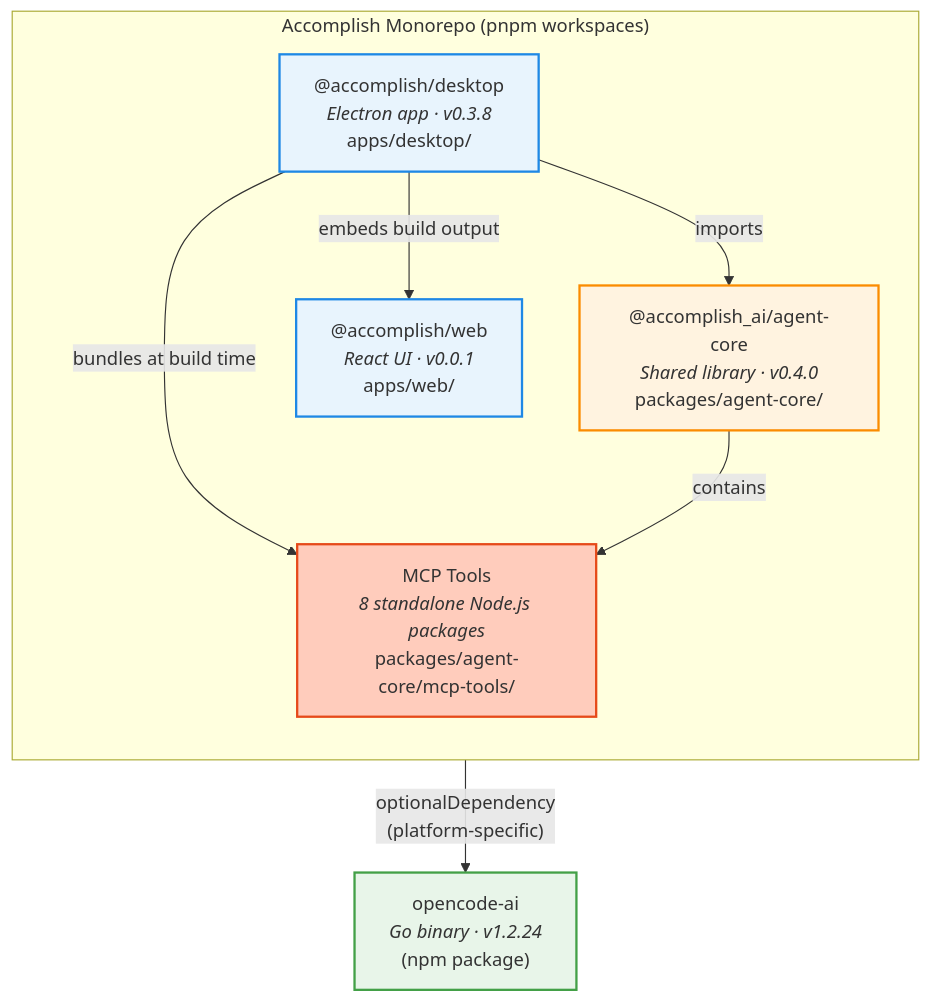
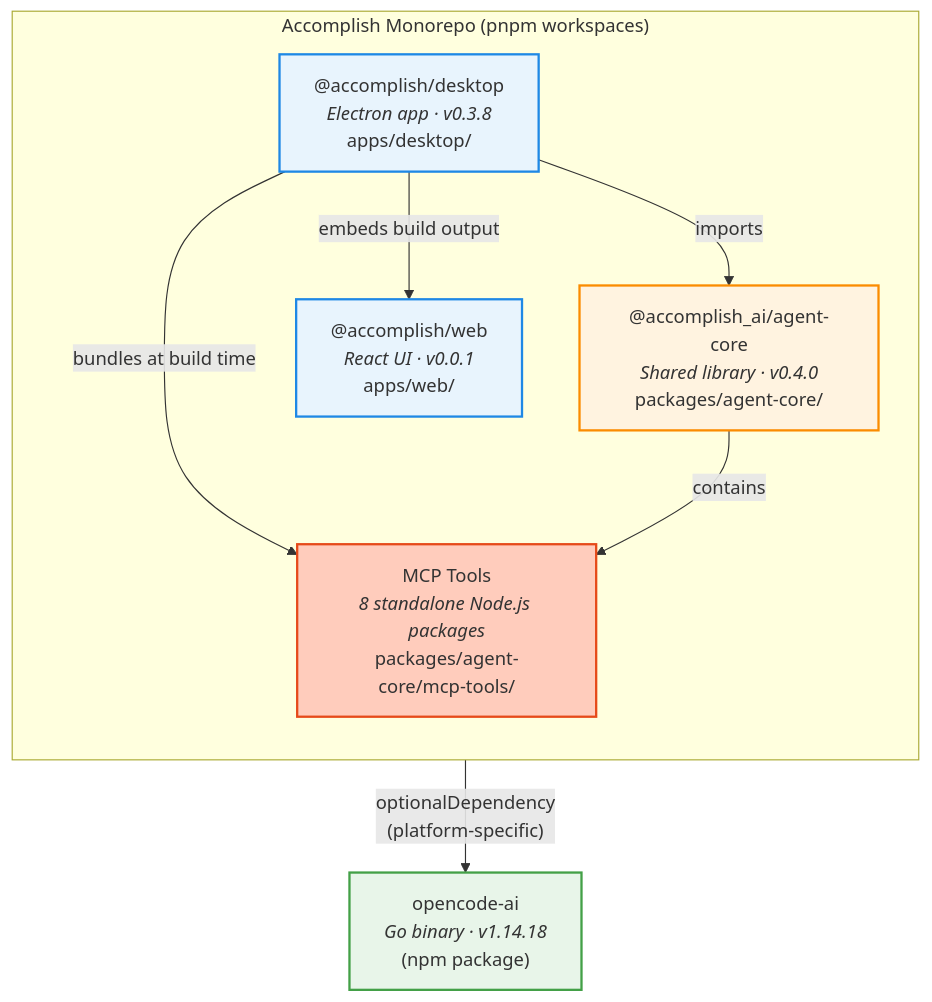
Before and after one commit to aiflash/accomplish: the first of 7 diagrams in docs/development-viewpoint.md, drawn with Mermaid. The commit also changed other lines of this file and 9 other files, not shown here.

````diff
--- a/docs/development-viewpoint.md
+++ b/docs/development-viewpoint.md
@@ -11,29 +11,29 @@
 ```mermaid
 graph TD
   subgraph MONOREPO["Accomplish Monorepo (pnpm workspaces)"]
     direction TB
 
     DESKTOP["@accomplish/desktop<br/><i>Electron app · v0.3.8</i><br/>apps/desktop/"]
     WEB["@accomplish/web<br/><i>React UI · v0.0.1</i><br/>apps/web/"]
     CORE["@accomplish_ai/agent-core<br/><i>Shared library · v0.4.0</i><br/>packages/agent-core/"]
     MCP_TOOLS["MCP Tools<br/><i>8 standalone Node.js packages</i><br/>packages/agent-core/mcp-tools/"]
   end
 
   DESKTOP -->|"imports"| CORE
   DESKTOP -->|"embeds build output"| WEB
   DESKTOP -->|"bundles at build time"| MCP_TOOLS
   CORE -->|"contains"| MCP_TOOLS
 
-  OC["opencode-ai<br/><i>Go binary · v1.2.24</i><br/>(npm package)"]
+  OC["opencode-ai<br/><i>Go binary · v1.14.18</i><br/>(npm package)"]
   DESKTOP -->|"optionalDependency<br/>(platform-specific)"| OC
 
   classDef app fill:#e8f4fd,stroke:#1e88e5,stroke-width:2px
   classDef lib fill:#fff3e0,stroke:#fb8c00,stroke-width:2px
   classDef ext fill:#e8f5e9,stroke:#43a047,stroke-width:2px
   classDef mcp fill:#ffccbc,stroke:#e64a19,stroke-width:2px
 
   class DESKTOP,WEB app
   class CORE lib
   class MCP_TOOLS mcp
   class OC ext
 ```
````
